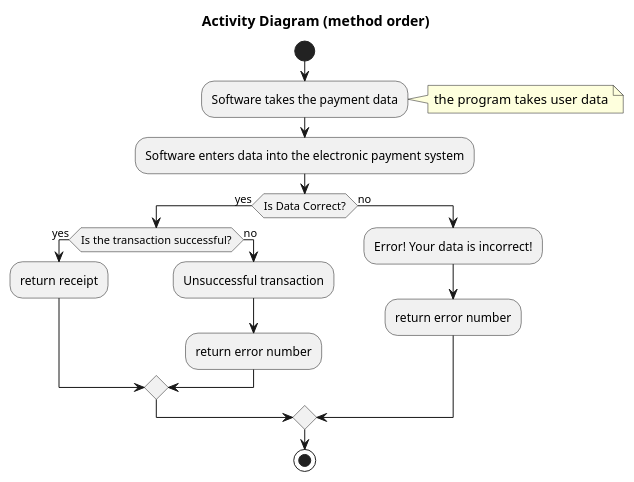
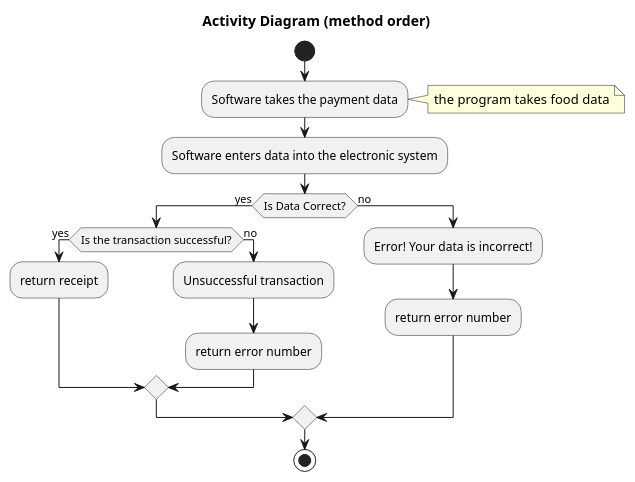
One commit to oleksandrblazhko/ai-216-zaporozhchenko changed the diagram in 2-SoftwareDesign/2.7-PlantUML/UML-Activity.puml. Above: the diagram before and after it, drawn with PlantUML.

```diff
--- a/2-SoftwareDesign/2.7-PlantUML/UML-Activity.puml
+++ b/2-SoftwareDesign/2.7-PlantUML/UML-Activity.puml
@@ -1,26 +1,26 @@
 @startuml
 
 title Activity Diagram (method order)
 
 start
 
 :Software takes the payment data;
-note right: the program takes user data
+note right: the program takes food data
 
-:Software enters data into the electronic payment system;
+:Software enters data into the electronic system;
 
 if (Is Data Correct?) then (yes)
   if (Is the transaction successful?) then (yes)
     :return receipt;
   else (no)
     :Unsuccessful transaction;
     :return error number;
 endif  
 else (no)
   :Error! Your data is incorrect!;
   :return error number;
 endif
 
 stop
 
 @enduml
```
